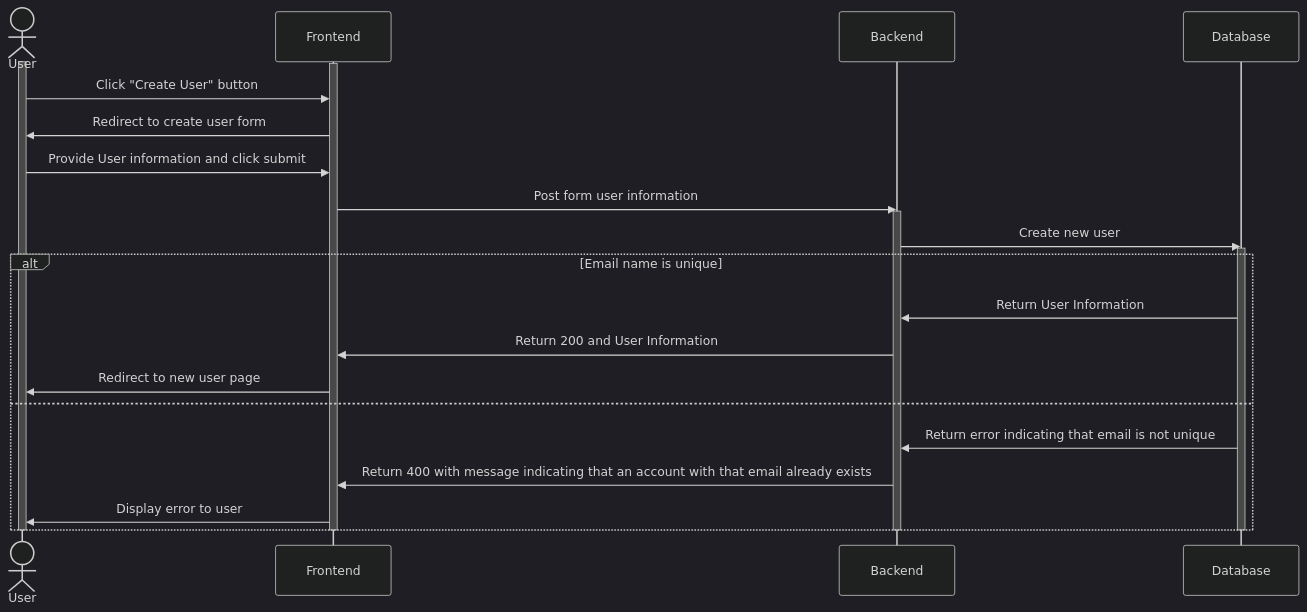
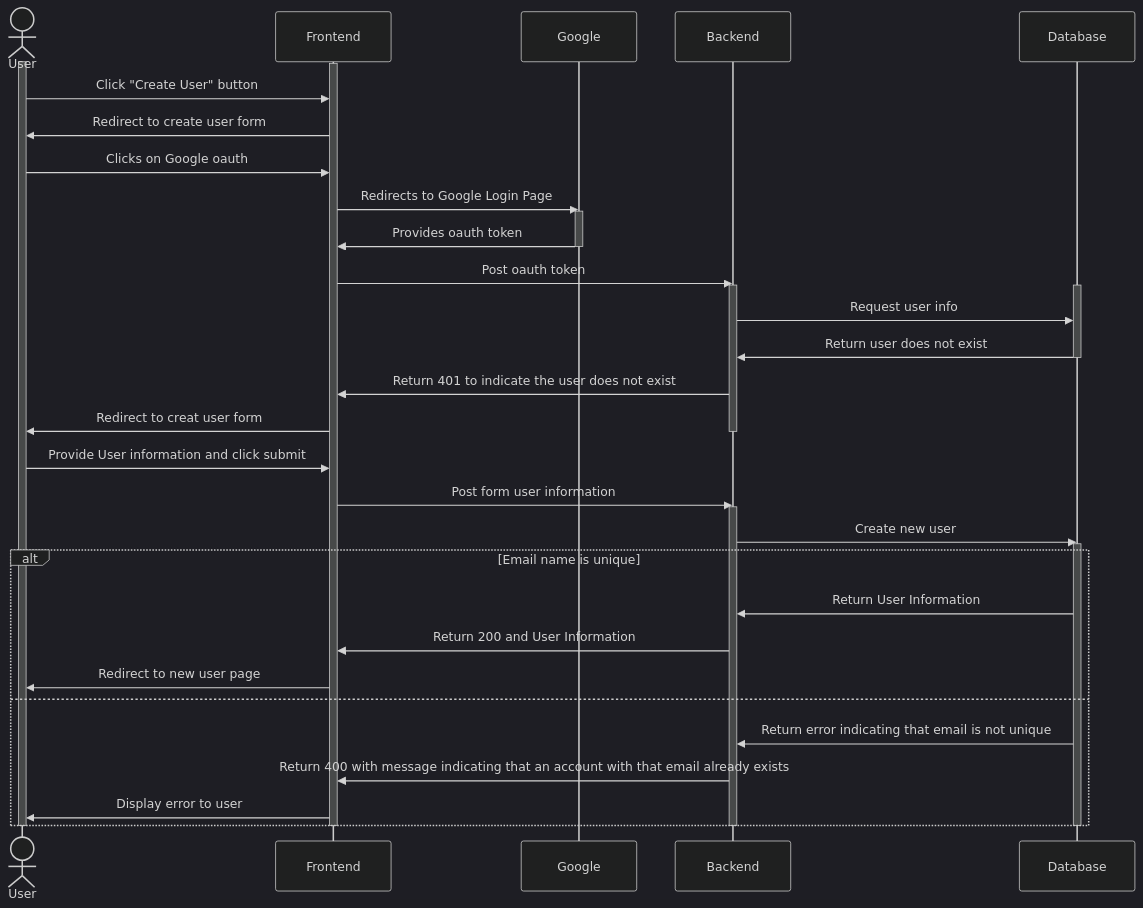
Before and after one commit to UCSD-E4E/fishsense-webapp: the third of 3 diagrams in README.md, drawn with Mermaid (dark theme).

Commit message:
creat user flow fixes

````diff
--- a/README.md
+++ b/README.md
@@ -111,42 +111,61 @@
 ```mermaid
 sequenceDiagram
     actor User
 
     activate User
     activate Frontend
 
     User ->> Frontend: Click "Create User" button
     Frontend ->> User: Redirect to create user form
+
+    User ->> Frontend: Clicks on Google oauth
+    
+    Frontend ->> Google: Redirects to Google Login Page
+    activate Google
+    Google ->> Frontend: Provides oauth token
+    deactivate Google
+
+    Frontend ->> Backend: Post oauth token
+    activate Backend
+
+    activate Database
+    Backend ->> Database: Request user info
+    Database ->> Backend: Return user does not exist
+    deactivate Database
+    Backend ->> Frontend: Return 401 to indicate the user does not exist
+    Frontend ->> User: Redirect to creat user form
+    
+    deactivate Backend
 
     User ->> Frontend: Provide User information and click submit
     Frontend ->> Backend: Post form user information
     activate Backend
 
 
     Backend ->> Database: Create new user
     activate Database
 
     alt Email name is unique
 
     Database ->> Backend: Return User Information
     Backend ->> Frontend: Return 200 and User Information
     Frontend ->> User: Redirect to new user page
 
     else
 
     Database->> Backend: Return error indicating that email is not unique
     Backend ->> Frontend: Return 400 with message indicating that an account with that email already exists
     Frontend ->> User: Display error to user
 
     end
 
     deactivate Database
 
 
 
     deactivate Backend
 
 
     deactivate Frontend
     deactivate User
 ```
````
